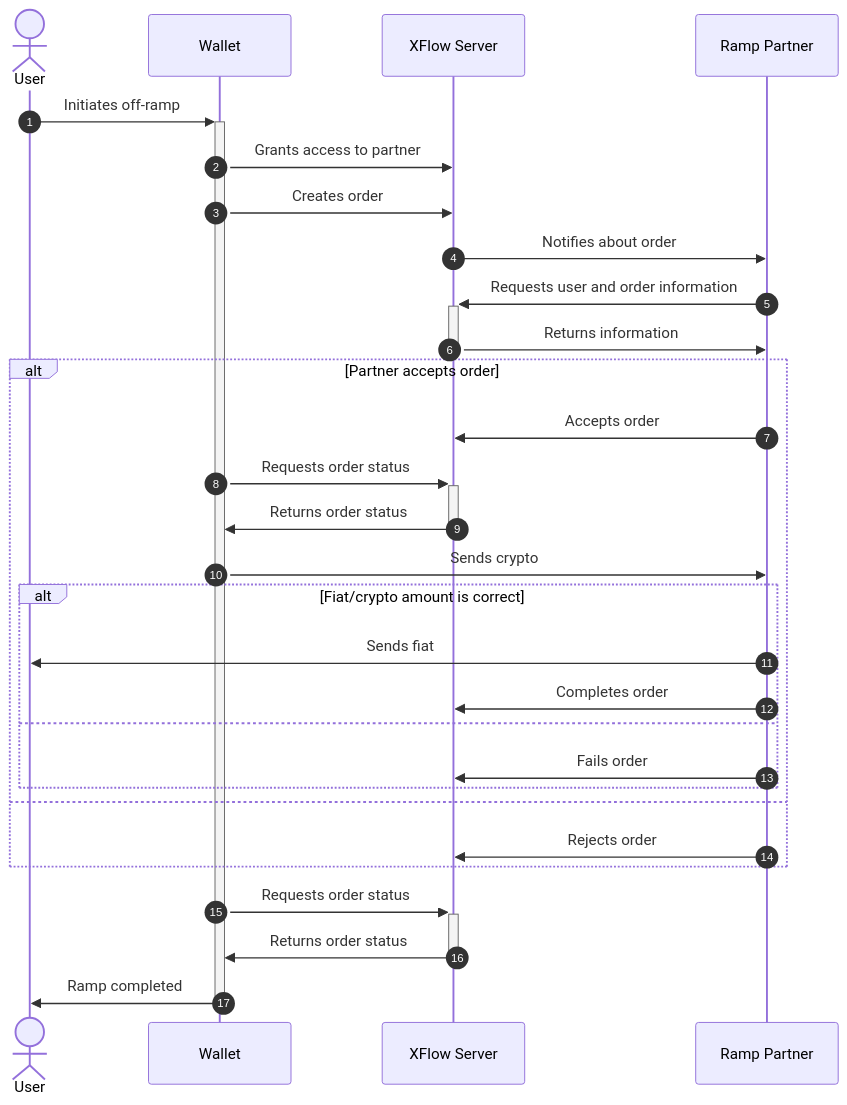
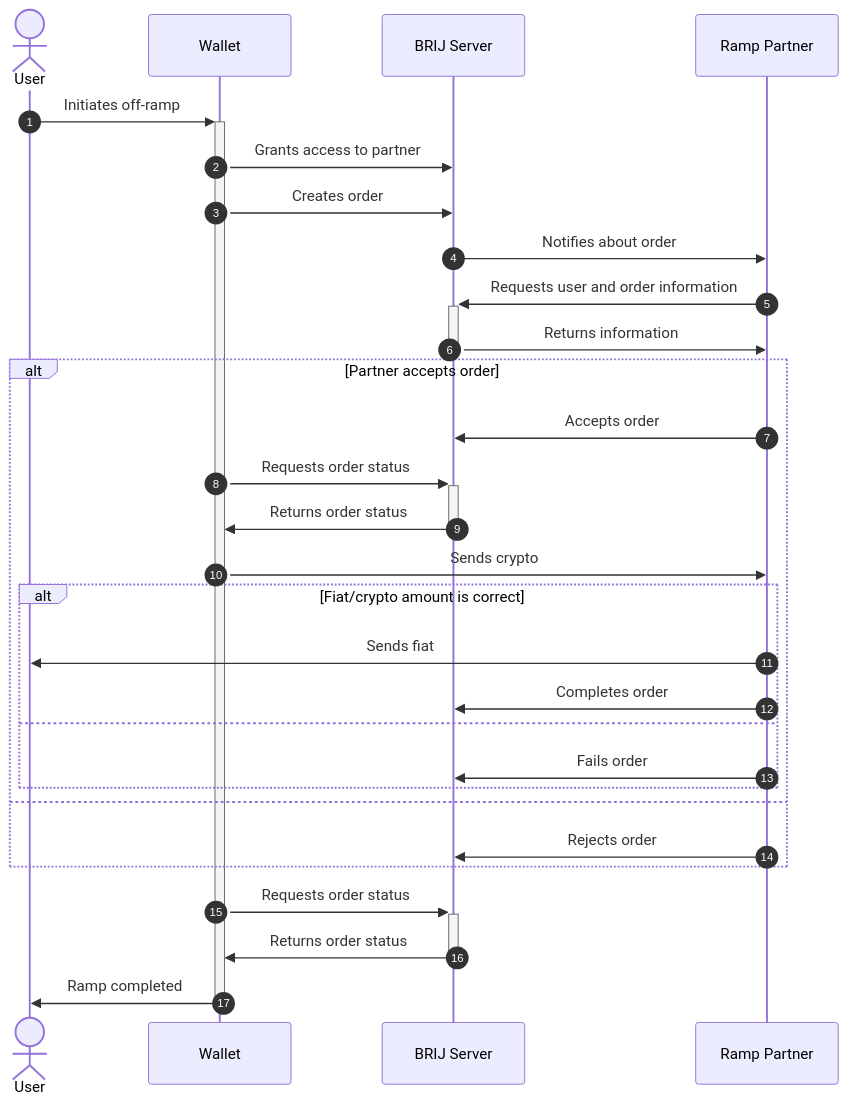
Before and after one commit to espresso-cash/docs: the second of 2 diagrams in overview/order-flow.md, drawn with Mermaid. The commit also changed other lines of this file and 4 other files, not shown here.

````diff
--- a/overview/order-flow.md
+++ b/overview/order-flow.md
@@ -64,41 +64,41 @@
 ```mermaid
 sequenceDiagram
     autonumber
 
     actor User
     participant Wallet
-    participant KYC as XFlow Server
+    participant KYC as BRIJ Server
     participant Partner as Ramp Partner
-    
+
     User->>+Wallet: Initiates off-ramp
-    
+
     Wallet->>KYC: Grants access to partner
     Wallet->>KYC: Creates order
-    
+
     KYC->>Partner: Notifies about order
     Partner->>+KYC: Requests user and order information
     KYC->>-Partner: Returns information
-    
+
     alt Partner accepts order
         Partner->>KYC: Accepts order
-        
+
         Wallet->>+KYC: Requests order status
         KYC->>-Wallet: Returns order status
-        
+
         Wallet->>Partner: Sends crypto
-        
+
         alt Fiat/crypto amount is correct
-            Partner->>User: Sends fiat            
+            Partner->>User: Sends fiat
             Partner->>KYC: Completes order
         else
             Partner->>KYC: Fails order
         end
     else
         Partner->>KYC: Rejects order
     end
 
     Wallet->>+KYC: Requests order status
     KYC->>-Wallet: Returns order status
-    
+
     Wallet->>-User: Ramp completed
 ```
````
